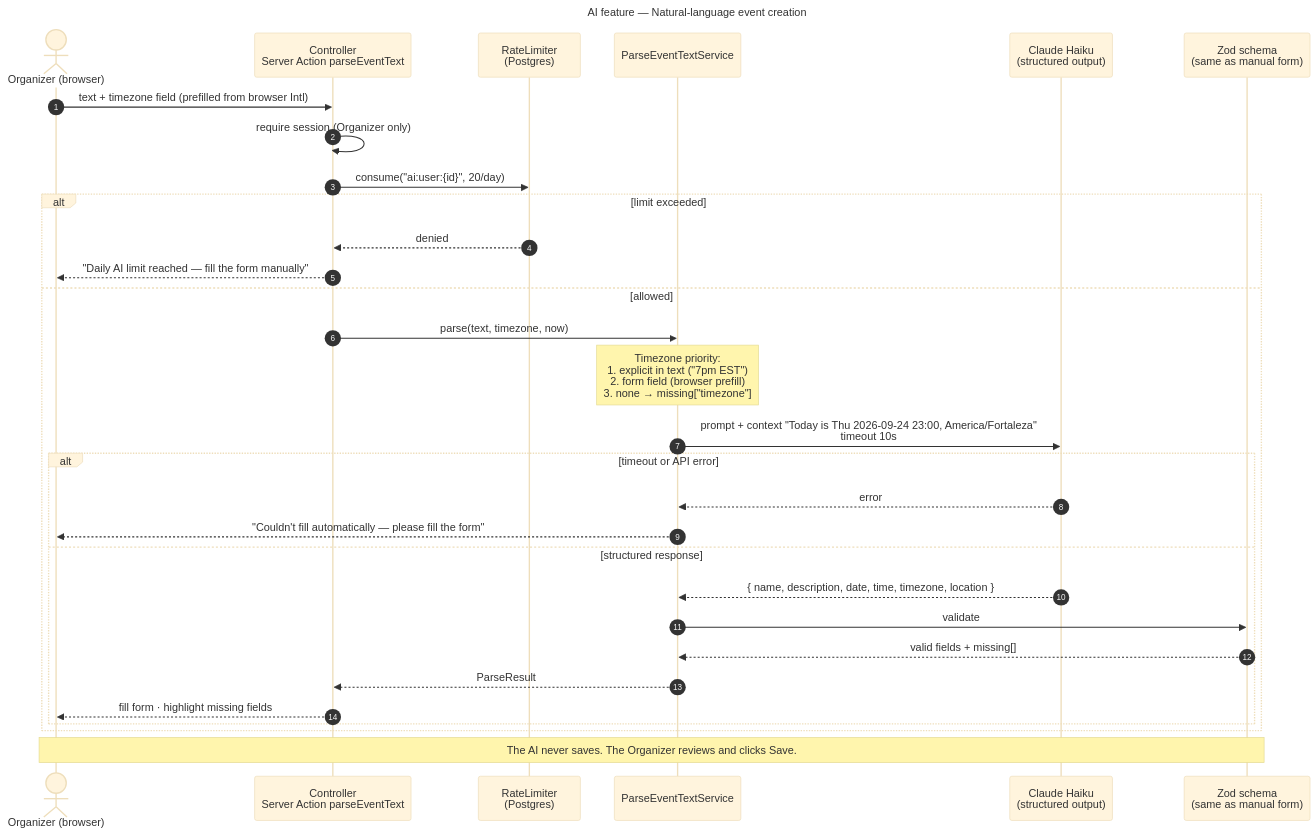
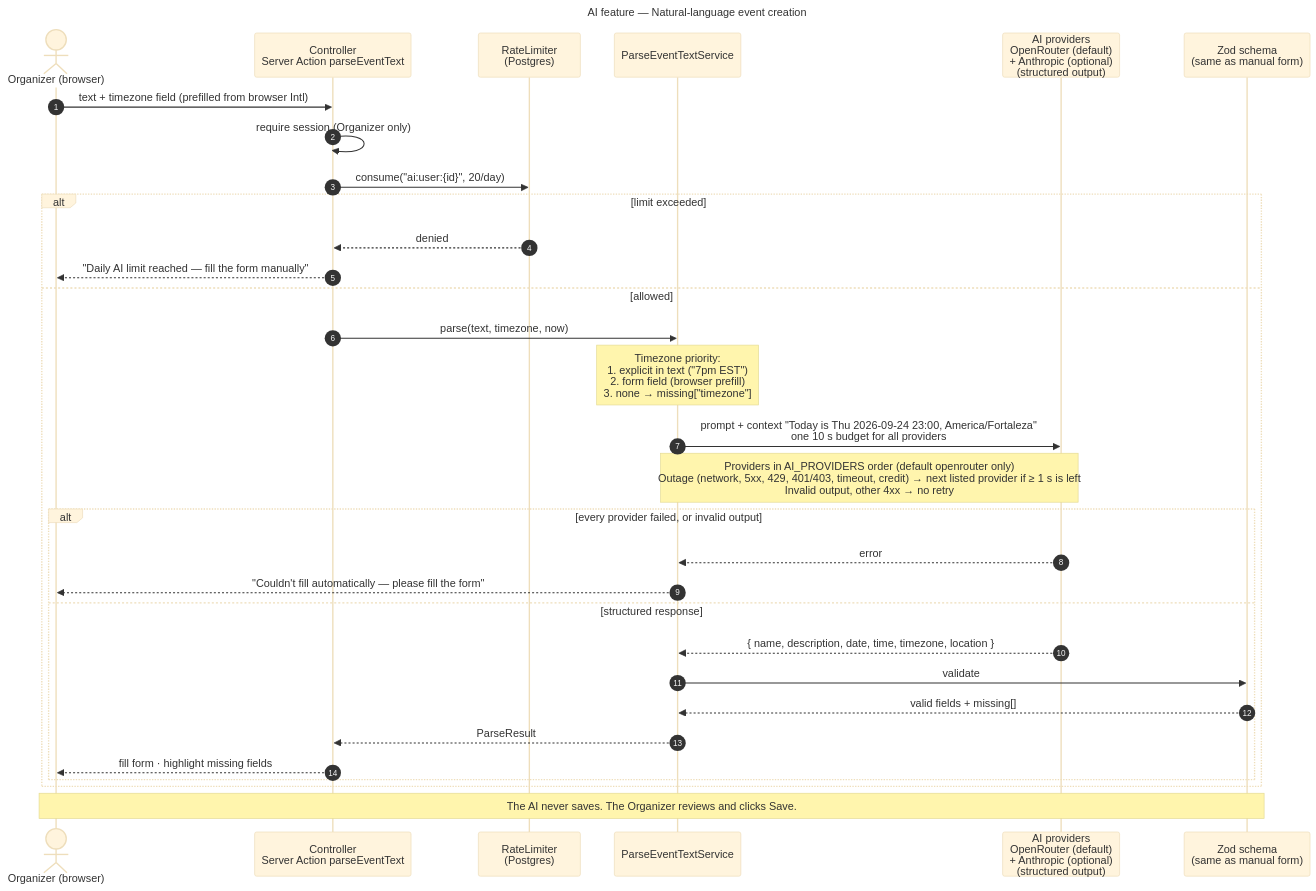
One commit to ramonruanxc/event-rsvp-app changed the diagram in docs/diagrams/ai-event-parsing.mmd. Above: the diagram before and after it, drawn with Mermaid (base theme). The commit also changed 2 other files, not shown here.

Commit message:
docs: README and AI diagram mention the OpenRouter provider
README: a "Run locally" bullet explains OPENROUTER_API_KEY provisioning
and the AI_PROVIDERS default/override, and a new "AI evaluation"
section shows the eval command for each provider (--provider defaults
to openrouter). The ai-event-parsing sequence diagram now shows both
providers, the shared 10 s budget and the failover/retry rule (401/403
included per BR-121 amendment); the SVG is regenerated from the .mmd.

The AI-evaluation section links to docs/evals/README.md, created by
TASK-217 (not run in this session): the link resolves once that task
runs, immediately after this one in the plan's order.

Refs: TASK-216

```diff
--- a/docs/diagrams/ai-event-parsing.mmd
+++ b/docs/diagrams/ai-event-parsing.mmd
@@ -1,34 +1,35 @@
 ---
 title: AI feature — Natural-language event creation
 ---
 sequenceDiagram
   autonumber
   actor O as Organizer (browser)
   participant C as Controller<br/>Server Action parseEventText
   participant R as RateLimiter<br/>(Postgres)
   participant S as ParseEventTextService
-  participant M as Claude Haiku<br/>(structured output)
+  participant M as AI providers<br/>OpenRouter (default)<br/>+ Anthropic (optional)<br/>(structured output)
   participant Z as Zod schema<br/>(same as manual form)
 
   O->>C: text + timezone field (prefilled from browser Intl)
   C->>C: require session (Organizer only)
   C->>R: consume("ai:user:{id}", 20/day)
   alt limit exceeded
     R-->>C: denied
     C-->>O: "Daily AI limit reached — fill the form manually"
   else allowed
     C->>S: parse(text, timezone, now)
     Note over S: Timezone priority:<br/>1. explicit in text ("7pm EST")<br/>2. form field (browser prefill)<br/>3. none → missing["timezone"]
-    S->>M: prompt + context "Today is Thu 2026-09-24 23:00, America/Fortaleza"<br/>timeout 10s
-    alt timeout or API error
+    S->>M: prompt + context "Today is Thu 2026-09-24 23:00, America/Fortaleza"<br/>one 10 s budget for all providers
+    Note over S,M: Providers in AI_PROVIDERS order (default openrouter only)<br/>Outage (network, 5xx, 429, 401/403, timeout, credit) → next listed provider if ≥ 1 s is left<br/>Invalid output, other 4xx → no retry
+    alt every provider failed, or invalid output
       M-->>S: error
       S-->>O: "Couldn't fill automatically — please fill the form"
     else structured response
       M-->>S: { name, description, date, time, timezone, location }
       S->>Z: validate
       Z-->>S: valid fields + missing[]
       S-->>C: ParseResult
       C-->>O: fill form · highlight missing fields
     end
   end
   Note over O,Z: The AI never saves. The Organizer reviews and clicks Save.
```
